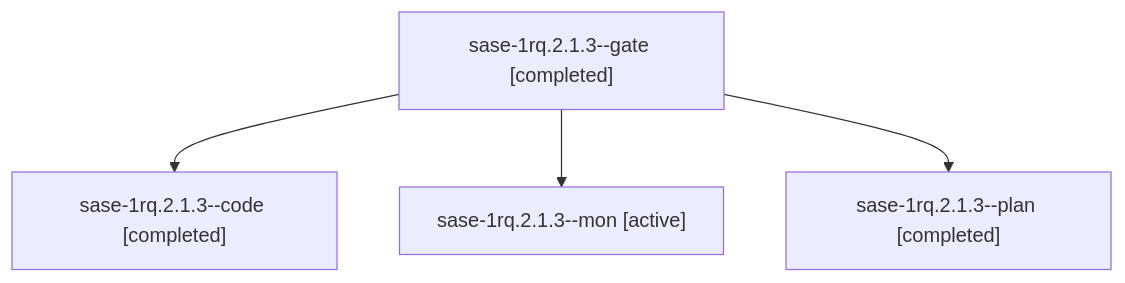
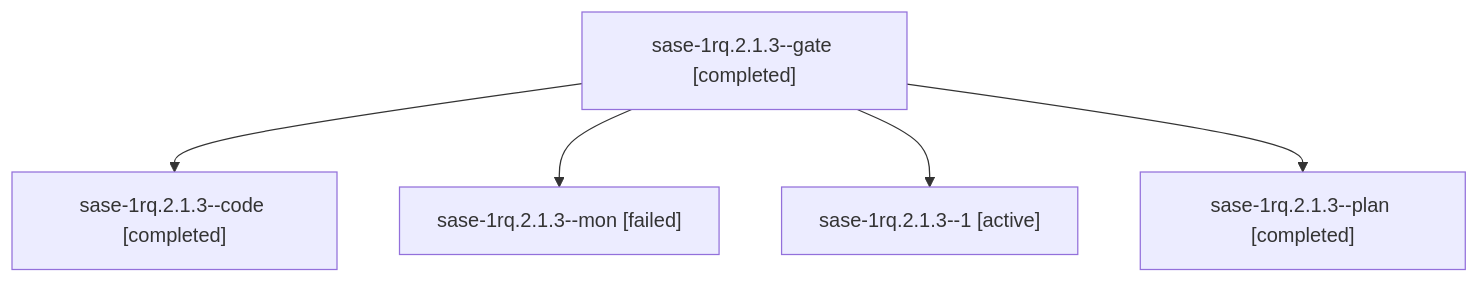
Before and after one commit to sase-org/sase--agents: the diagram in sessions/bbugyi200.athena.sase-1rq.2.1.3.md, drawn with Mermaid. The commit also changed other lines of this file and 140 other files, not shown here.

````diff
--- a/sessions/bbugyi200.athena.sase-1rq.2.1.3.md
+++ b/sessions/bbugyi200.athena.sase-1rq.2.1.3.md
@@ -9,10 +9,12 @@
 ```mermaid
 flowchart TD
   n0["sase-1rq.2.1.3--gate [completed]"]
   n1["sase-1rq.2.1.3--code [completed]"]
   n0 --> n1
-  n2["sase-1rq.2.1.3--mon [active]"]
+  n2["sase-1rq.2.1.3--mon [failed]"]
   n0 --> n2
-  n3["sase-1rq.2.1.3--plan [completed]"]
+  n3["sase-1rq.2.1.3--1 [active]"]
   n0 --> n3
+  n4["sase-1rq.2.1.3--plan [completed]"]
+  n0 --> n4
 ```
````
